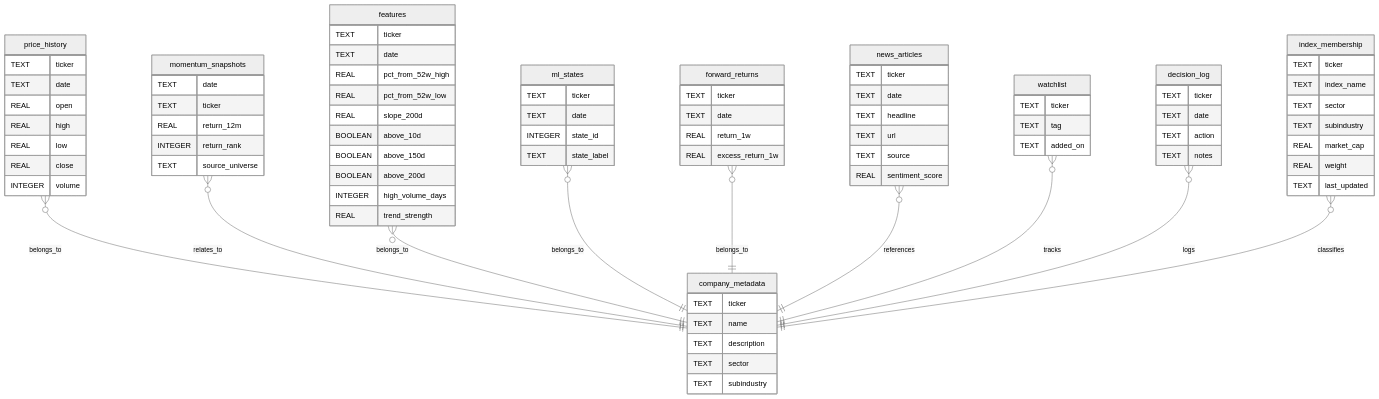
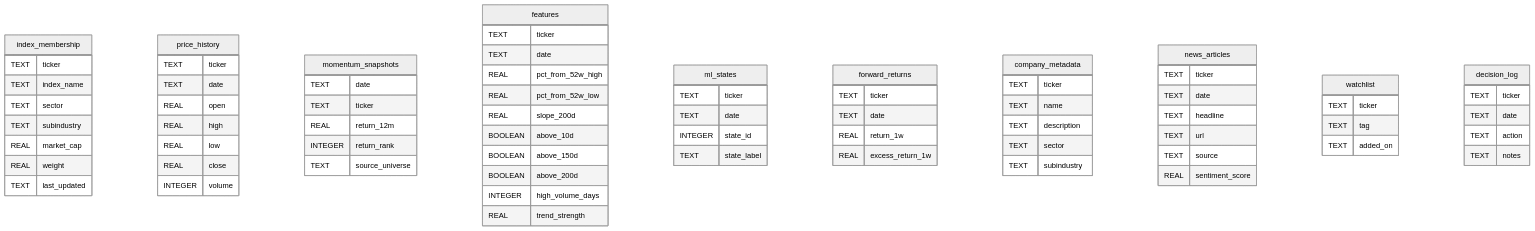
Before and after one commit to zacseidel/momentum_screener_v3: the diagram in README.md, drawn with Mermaid (neutral theme).

````diff
--- a/README.md
+++ b/README.md
@@ -253,14 +253,4 @@
         TEXT notes
     }
 
-    %% One-to-many relationships (}o--||)
-    price_history      }o--|| company_metadata : belongs_to
-    momentum_snapshots }o--|| company_metadata : relates_to
-    features           }o--|| company_metadata : belongs_to
-    ml_states          }o--|| company_metadata : belongs_to
-    forward_returns    }o--|| company_metadata : belongs_to
-    news_articles      }o--|| company_metadata : references
-    watchlist          }o--|| company_metadata : tracks
-    decision_log       }o--|| company_metadata : logs
-    index_membership   }o--|| company_metadata : classifies
 ```
````
